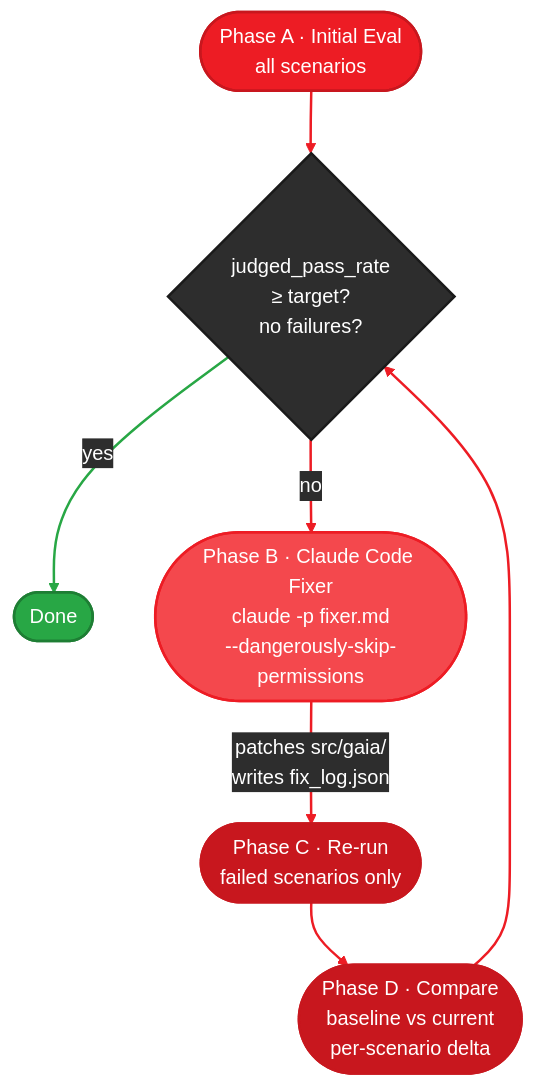
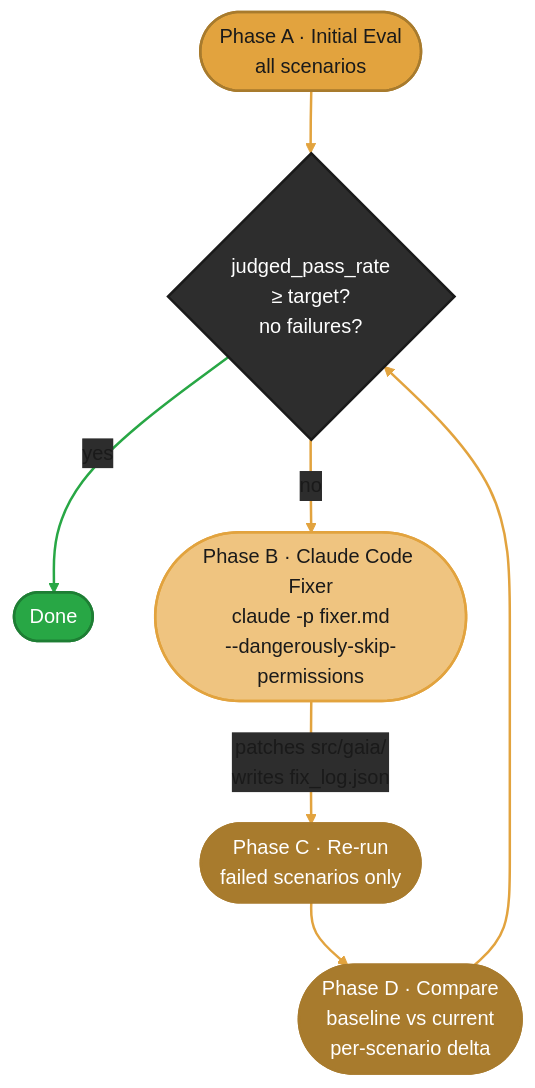
One commit to amd/gaia changed the fourth of 4 diagrams in docs/eval.mdx. Above: the diagram before and after it, drawn with Mermaid. The commit also changed other lines of this file and 37 other files, not shown here.

````diff
--- a/docs/eval.mdx
+++ b/docs/eval.mdx
@@ -206,20 +206,20 @@
 ```mermaid
-%%{init: {'theme':'base', 'themeVariables': { 'primaryColor':'#ED1C24', 'primaryTextColor':'#fff', 'primaryBorderColor':'#C8171E', 'lineColor':'#F4484D', 'secondaryColor':'#2d2d2d', 'tertiaryColor':'#f5f5f5', 'fontFamily': 'system-ui, -apple-system, sans-serif'}}}%%
+%%{init: {'theme':'base', 'themeVariables': { 'primaryColor':'#E2A33E', 'primaryTextColor':'#1a1a1a', 'primaryBorderColor':'#A87B2D', 'lineColor':'#EFC480', 'secondaryColor':'#2d2d2d', 'tertiaryColor':'#f5f5f5', 'fontFamily': 'system-ui, -apple-system, sans-serif'}}}%%
 flowchart TD
     A(["Phase A · Initial Eval\nall scenarios"]) --> CHK{"judged_pass_rate\n≥ target?\nno failures?"}
     CHK -->|"yes"| DONE(["Done"])
     CHK -->|"no"| B(["Phase B · Claude Code Fixer\nclaude -p fixer.md\n--dangerously-skip-permissions"])
     B -->|"patches src/gaia/\nwrites fix_log.json"| C(["Phase C · Re-run\nfailed scenarios only"])
     C --> D(["Phase D · Compare\nbaseline vs current\nper-scenario delta"])
     D --> CHK
 
-    style A fill:#ED1C24,stroke:#C8171E,stroke-width:2px,color:#fff
+    style A fill:#E2A33E,stroke:#A87B2D,stroke-width:2px,color:#1a1a1a
     style CHK fill:#2d2d2d,stroke:#1a1a1a,stroke-width:2px,color:#fff
     style DONE fill:#28a745,stroke:#1e7e34,stroke-width:2px,color:#fff
-    style B fill:#F4484D,stroke:#ED1C24,stroke-width:2px,color:#fff
-    style C fill:#C8171E,stroke:#C8171E,stroke-width:2px,color:#fff
-    style D fill:#C8171E,stroke:#C8171E,stroke-width:2px,color:#fff
+    style B fill:#EFC480,stroke:#E2A33E,stroke-width:2px,color:#1a1a1a
+    style C fill:#A87B2D,stroke:#A87B2D,stroke-width:2px,color:#fff
+    style D fill:#A87B2D,stroke:#A87B2D,stroke-width:2px,color:#fff
 
-    linkStyle 0,2,3,4,5 stroke:#ED1C24,stroke-width:2px
+    linkStyle 0,2,3,4,5 stroke:#E2A33E,stroke-width:2px
     linkStyle 1 stroke:#28a745,stroke-width:2px
 ```
````
